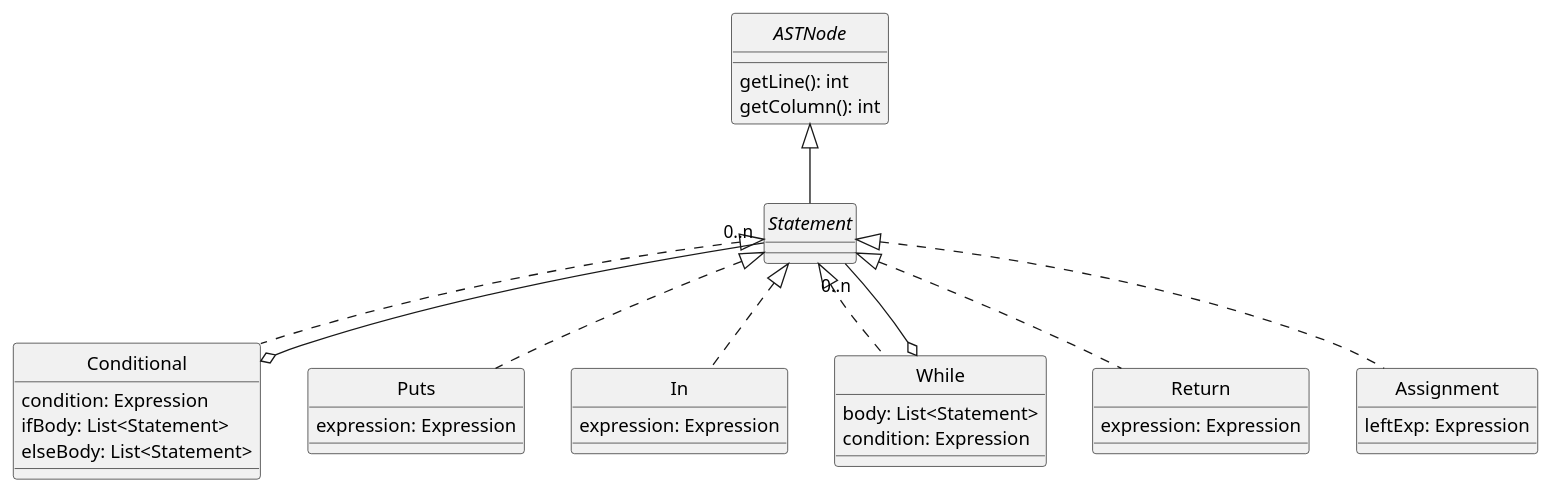
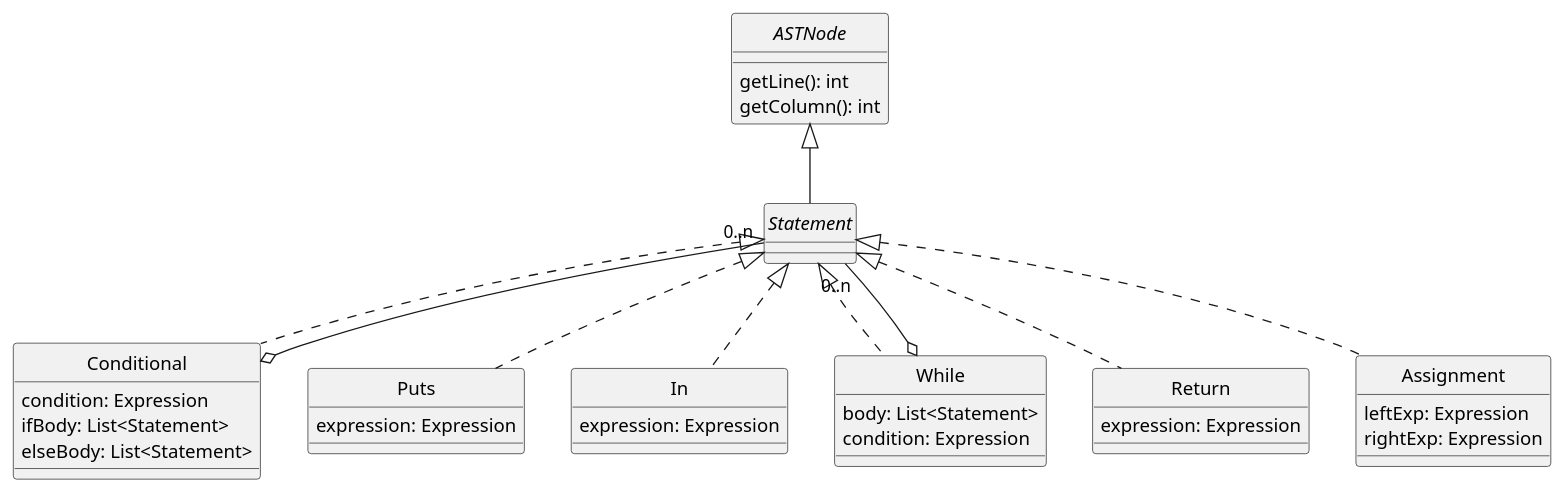
Before and after one commit to uo271288/dlp-compiler: the diagram in docs/diagrams/statements.plantuml, drawn with PlantUML. The commit also changed 2 other files, not shown here.

Commit message:
Diagrams updated

```diff
--- a/docs/diagrams/statements.plantuml
+++ b/docs/diagrams/statements.plantuml
@@ -1,52 +1,52 @@
 @startuml Statements
 skinparam style strictuml
 skinparam monochrome true
 
 
 interface ASTNode {
     getLine(): int
     getColumn(): int
 }
 
 interface Statement
 
 class Conditional {
     condition: Expression
     ifBody: List<Statement>
     elseBody: List<Statement>
 }
 
 class Puts {
     expression: Expression
 }
 
 class In {
     expression: Expression
 }
 
 class While {
     body: List<Statement>
     condition: Expression
 }
 
 class Return {
     expression: Expression
 }
 
 class Assignment {
     leftExp: Expression
-
+    rightExp: Expression
 }
 
 ASTNode <|-- Statement
 Statement <|.. Conditional
 Statement <|.. In
 Statement <|.. While
 Statement <|.. Return
 Statement <|.. Assignment
 Statement <|.. Puts
 Conditional o-- "0..n" Statement
 While o-- "0..n" Statement
 
 
 @enduml
```
